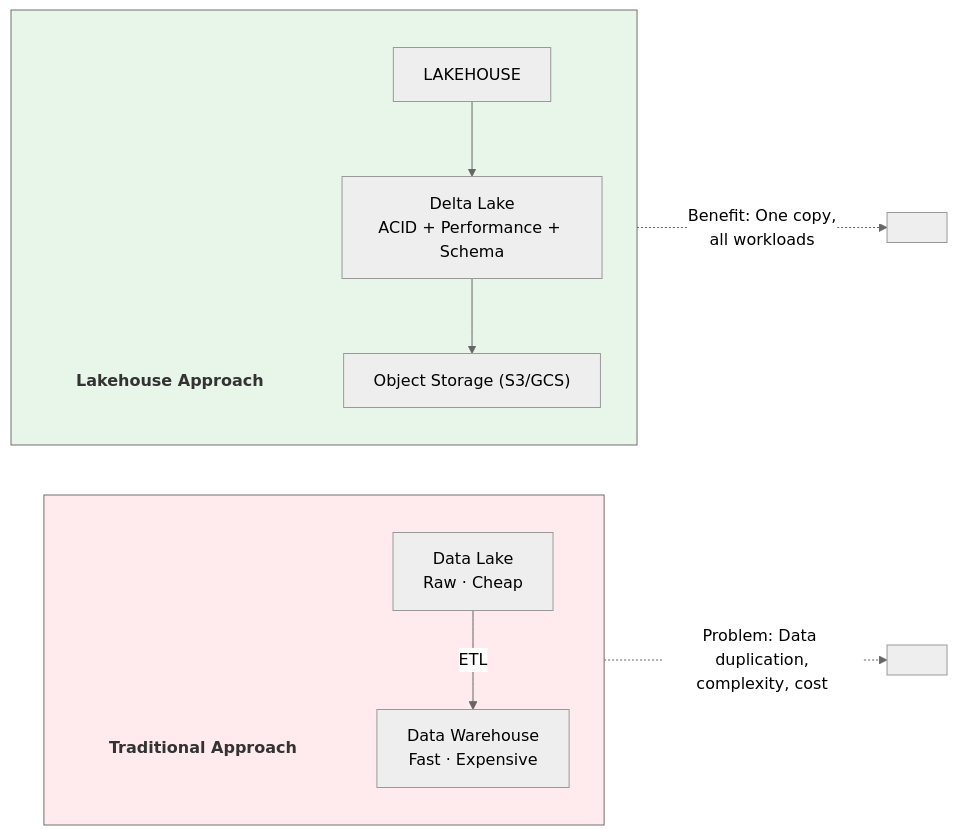
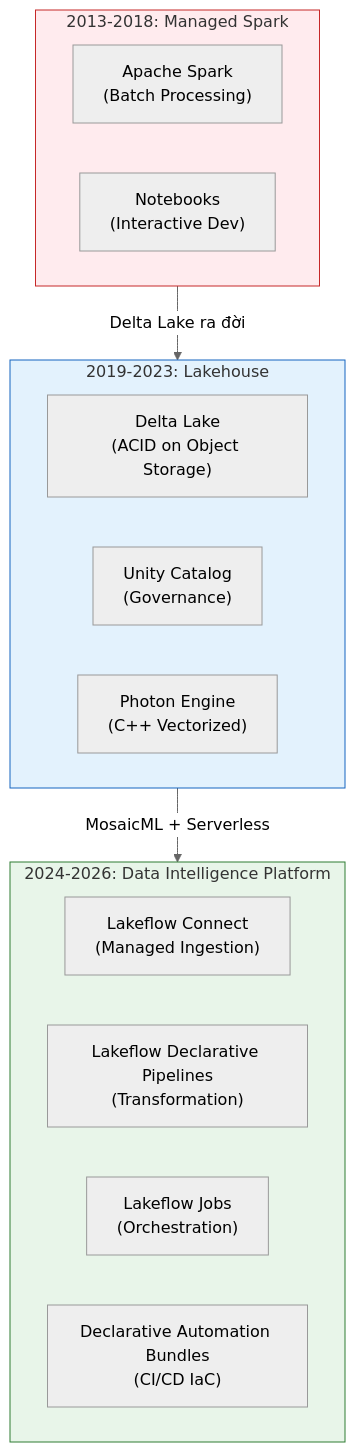
Before and after one commit to quocvinhx2101-ctrl/DE: the first of 23 diagrams in platforms/01_Databricks.md, drawn with Mermaid (neutral theme). The commit also changed other lines of this file and 17 other files, not shown here.

````diff
--- a/platforms/01_Databricks.md
+++ b/platforms/01_Databricks.md
@@ -38,21 +84,27 @@
 ```mermaid
-graph LR
-    subgraph Traditional[" "]
-        Traditional_title["Traditional Approach"]
-        style Traditional_title fill:none,stroke:none,color:#333,font-weight:bold
-        DL["Data Lake<br/>Raw · Cheap"] -->|ETL| DW["Data Warehouse<br/>Fast · Expensive"]
+graph TD
+    subgraph Era1["2013-2018: Managed Spark"]
+        S1["Apache Spark<br/>(Batch Processing)"]
+        S2["Notebooks<br/>(Interactive Dev)"]
     end
     
-    subgraph Lakehouse[" "]
-        Lakehouse_title["Lakehouse Approach"]
-        style Lakehouse_title fill:none,stroke:none,color:#333,font-weight:bold
-        LH["LAKEHOUSE"] --> Delta["Delta Lake<br/>ACID + Performance + Schema"]
-        Delta --> Storage["Object Storage (S3/GCS)"]
+    subgraph Era2["2019-2023: Lakehouse"]
+        L1["Delta Lake<br/>(ACID on Object Storage)"]
+        L2["Unity Catalog<br/>(Governance)"]
+        L3["Photon Engine<br/>(C++ Vectorized)"]
     end
     
-    Traditional -.->|"Problem: Data duplication,<br/>complexity, cost"| X[" "]
-    Lakehouse -.->|"Benefit: One copy,<br/>all workloads"| Y[" "]
+    subgraph Era3["2024-2026: Data Intelligence Platform"]
+        D1["Lakeflow Connect<br/>(Managed Ingestion)"]
+        D2["Lakeflow Declarative Pipelines<br/>(Transformation)"]
+        D3["Lakeflow Jobs<br/>(Orchestration)"]
+        D4["Declarative Automation Bundles<br/>(CI/CD IaC)"]
+    end
     
-    style Traditional fill:#ffebee
-    style Lakehouse fill:#e8f5e9
+    Era1 -->|"Delta Lake ra đời"| Era2
+    Era2 -->|"MosaicML + Serverless"| Era3
+    
+    style Era1 fill:#ffebee,stroke:#c62828
+    style Era2 fill:#e3f2fd,stroke:#1565c0
+    style Era3 fill:#e8f5e9,stroke:#2e7d32
 ```
````
